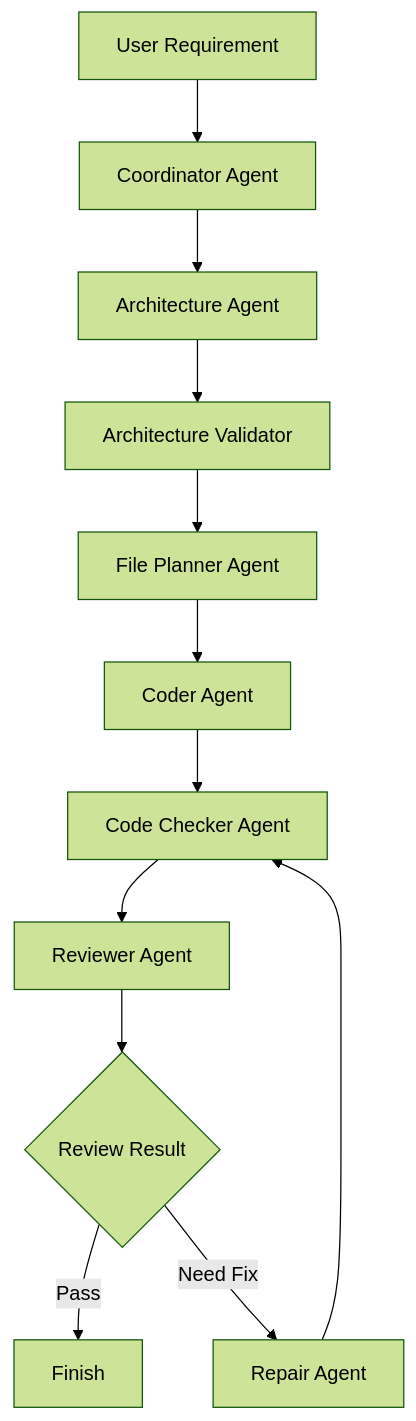
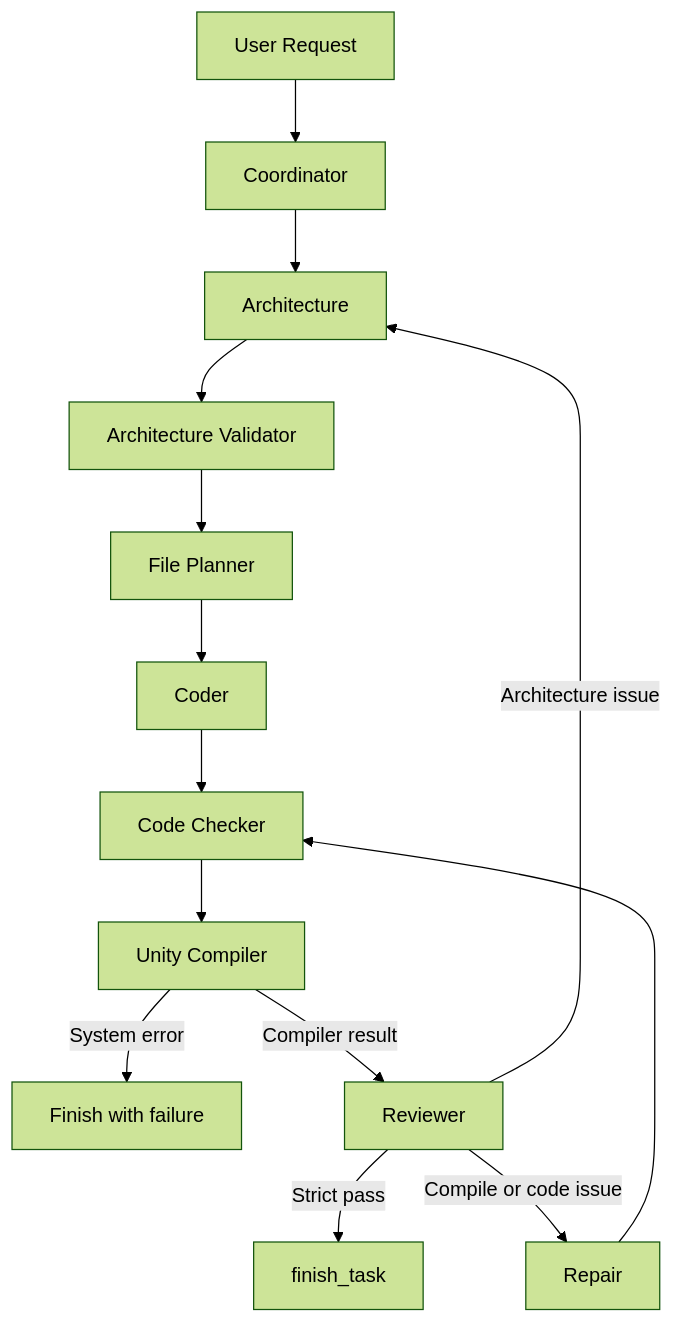
One commit to MaddieMo1/LangGraph-Coding-Agent changed the diagram in README.md. Above: the diagram before and after it, drawn with Mermaid (forest theme). The commit also changed other lines of this file and 13 other files, not shown here.

````diff
--- a/README.md
+++ b/README.md
@@ -115,28 +73,16 @@
 ```mermaid
 flowchart TD
-
-A[User Requirement]
-
-A --> B[Coordinator Agent]
-
-B --> C[Architecture Agent]
-
-C --> D[Architecture Validator]
-
-D --> E[File Planner Agent]
-
-E --> F[Coder Agent]
-
-F --> G[Code Checker Agent]
-
-G --> H[Reviewer Agent]
-
-H --> I{Review Result}
-
-I -->|Pass| J[Finish]
-
-I -->|Need Fix| K[Repair Agent]
-
-K --> G
-
+    A[User Request] --> B[Coordinator]
+    B --> C[Architecture]
+    C --> D[Architecture Validator]
+    D --> E[File Planner]
+    E --> F[Coder]
+    F --> G[Code Checker]
+    G --> H[Unity Compiler]
+    H -->|System error| Z[Finish with failure]
+    H -->|Compiler result| I[Reviewer]
+    I -->|Strict pass| J[finish_task]
+    I -->|Compile or code issue| K[Repair]
+    I -->|Architecture issue| C
+    K --> G
 ```
````
